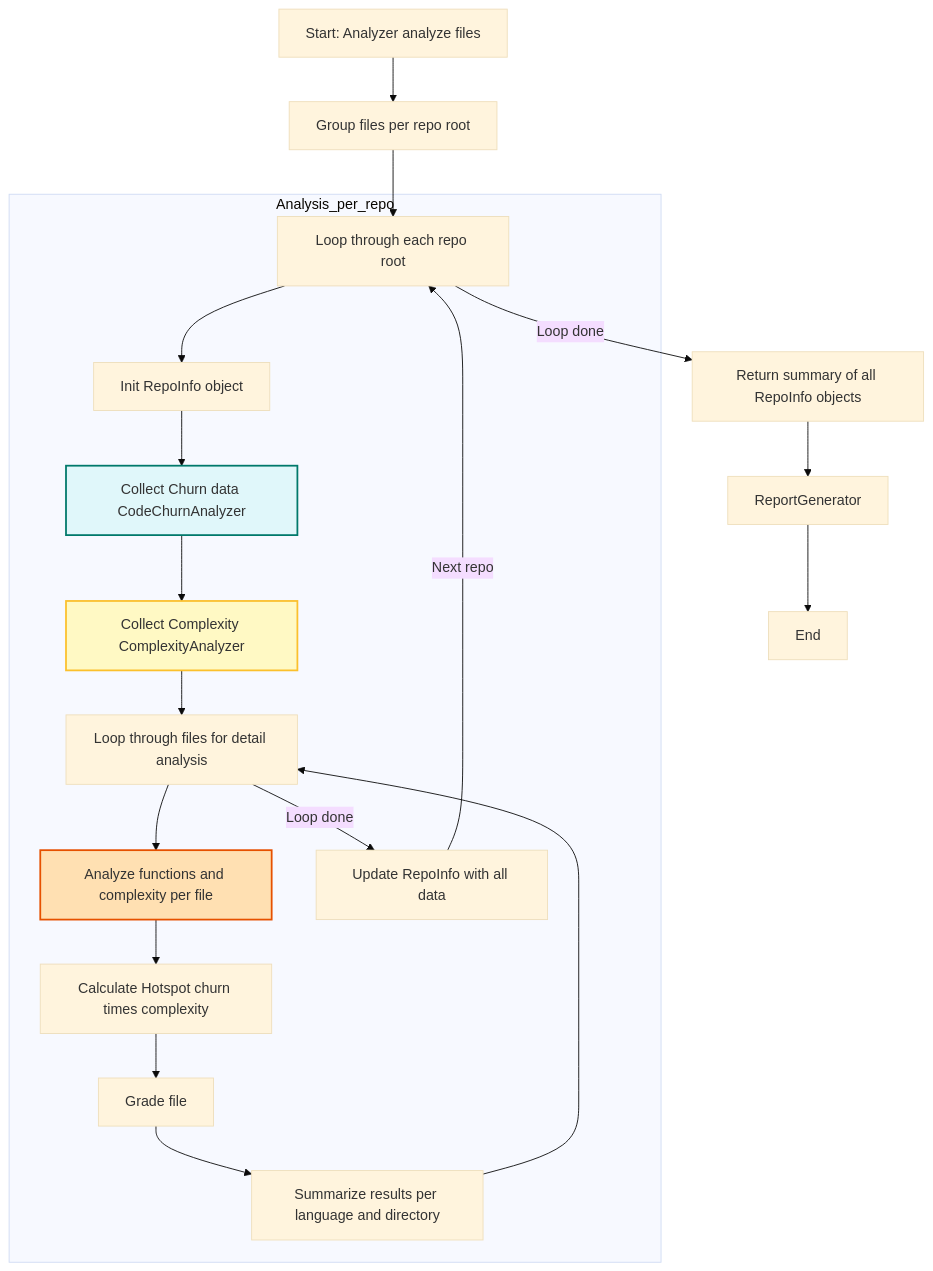
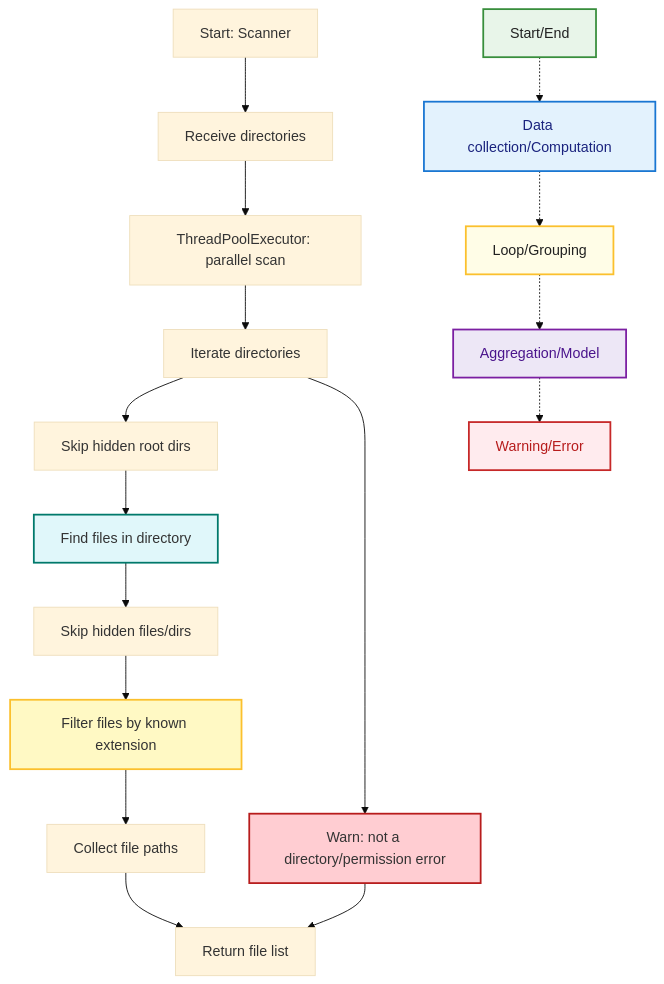
The fourth of 11 diagrams in SoftwareSpecificationAndDesign.md (CmdrPrompt/MetricMancer), drawn with Mermaid (base theme) before and after one commit. The commit also changed other lines of this file and 21 other files, not shown here.

````diff
--- a/SoftwareSpecificationAndDesign.md
+++ b/SoftwareSpecificationAndDesign.md
@@ -251,29 +383,44 @@
 ```mermaid
 graph TD
-  A[Start: Analyzer analyze files] --> B[Group files per repo root]
-  B --> C[Loop through each repo root]
+    A[Start: Scanner] --> B[Receive directories]
+    B --> C[ThreadPoolExecutor: parallel scan]
+    C --> D[Iterate directories]
+    D --> E[Skip hidden root dirs]
+    E --> F[Find files in directory]
+    F --> G[Skip hidden files/dirs]
+    G --> H[Filter files by known extension]
+    H --> I[Collect file paths]
+    I --> J[Return file list]
+    D --> K[Warn: not a directory/permission error]
+    K --> J
 
-  subgraph Analysis_per_repo
-    C --> D[Init RepoInfo object]
-    D --> E[Collect Churn data CodeChurnAnalyzer]
-    E --> F[Collect Complexity ComplexityAnalyzer]
-    F --> G[Loop through files for detail analysis]
-    G --> H[Analyze functions and complexity per file]
-    H --> I[Calculate Hotspot churn times complexity]
-    I --> J[Grade file]
-    J --> K[Summarize results per language and directory]
-    K --> G
-    G -- Loop done --> L[Update RepoInfo with all data]
-  end
+    %% Edge cases
+    style F fill:#e0f7fa,stroke:#00796b,stroke-width:2px
+    style H fill:#fff9c4,stroke:#fbc02d,stroke-width:2px
+    style K fill:#ffcdd2,stroke:#b71c1c,stroke-width:2px
+    %% Error handling: empty directory, permission error, no files found
+    
+%% Legend
+    LegendStart[Start/End]:::start
+    LegendCalc[Data collection/Computation]:::calc
+    LegendLoop[Loop/Grouping]:::loop
+    LegendAgg[Aggregation/Model]:::agg
+    LegendWarn[Warning/Error]:::warn
 
-  L -- Next repo --> C
-  C -- Loop done --> M[Return summary of all RepoInfo objects]
-  M --> RG[ReportGenerator]
-  RG --> N[End]
+    LegendStart -.-> LegendCalc
+    LegendCalc -.-> LegendLoop
+    LegendLoop -.-> LegendAgg
+    LegendAgg -.-> LegendWarn
 
-  %% Edge cases
-  style E fill:#e0f7fa,stroke:#00796b,stroke-width:2px
-  style F fill:#fff9c4,stroke:#fbc02d,stroke-width:2px
-  style H fill:#ffe0b2,stroke:#e65100,stroke-width:2px
-  %% Error handling: empty files, missing attributes, exceptions in KPI analyzers
+    classDef start fill:#e8f5e9,stroke:#388e3c,stroke-width:2px,color:#212121;
+    classDef calc fill:#e3f2fd,stroke:#1976d2,stroke-width:2px,color:#1a237e;
+    classDef loop fill:#fffde7,stroke:#fbc02d,stroke-width:2px,color:#212121;
+    classDef agg fill:#ede7f6,stroke:#7b1fa2,stroke-width:2px,color:#4a148c;
+    classDef warn fill:#ffebee,stroke:#c62828,stroke-width:2px,color:#b71c1c;
+
+    class LegendStart start;
+    class LegendCalc calc;
+    class LegendLoop loop;
+    class LegendAgg agg;
+    class LegendWarn warn;
 ```
````
